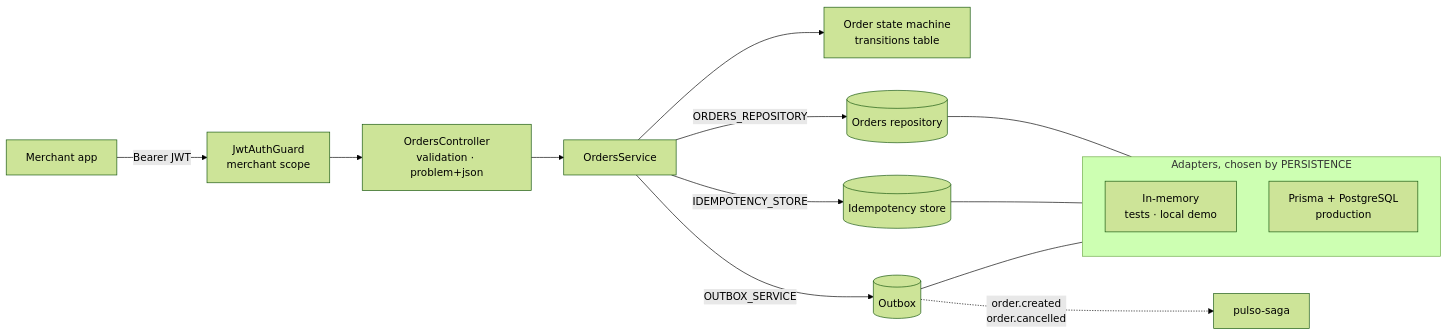
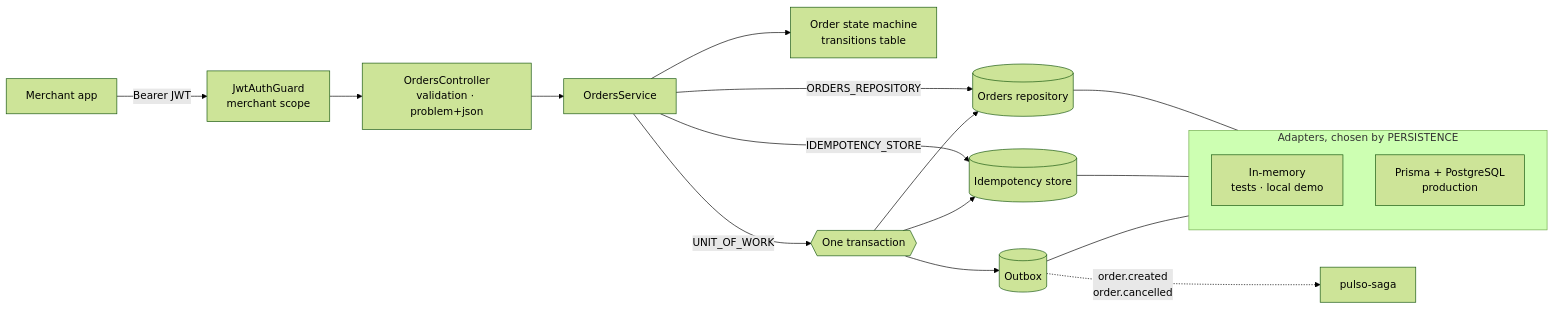
The first of 2 diagrams in README.md (AlejandroAlvarez-srdev/pulso-orders-api), drawn with Mermaid (forest theme) before and after one commit. The commit also changed other lines of this file and 15 other files, not shown here.

First line of the commit message:
feat(outbox): make order writes and their events atomic with a unit of work

````diff
--- a/README.md
+++ b/README.md
@@ -16,19 +16,22 @@
 ```mermaid
 flowchart LR
   client[Merchant app] -->|Bearer JWT| guard[JwtAuthGuard<br/>merchant scope]
   guard --> ctrl[OrdersController<br/>validation · problem+json]
   ctrl --> svc[OrdersService]
   svc --> sm[Order state machine<br/>transitions table]
   svc -->|ORDERS_REPOSITORY| repo[(Orders repository)]
   svc -->|IDEMPOTENCY_STORE| idem[(Idempotency store)]
-  svc -->|OUTBOX_SERVICE| outbox[(Outbox)]
+  svc -->|UNIT_OF_WORK| uow{{One transaction}}
+  uow --> repo
+  uow --> idem
+  uow --> outbox[(Outbox)]
   outbox -.->|order.created<br/>order.cancelled| saga[pulso-saga]
 
   subgraph adapters [Adapters, chosen by PERSISTENCE]
     mem[In-memory<br/>tests · local demo]
     pg[Prisma + PostgreSQL<br/>production]
   end
   repo --- adapters
   idem --- adapters
   outbox --- adapters
 ```
````
